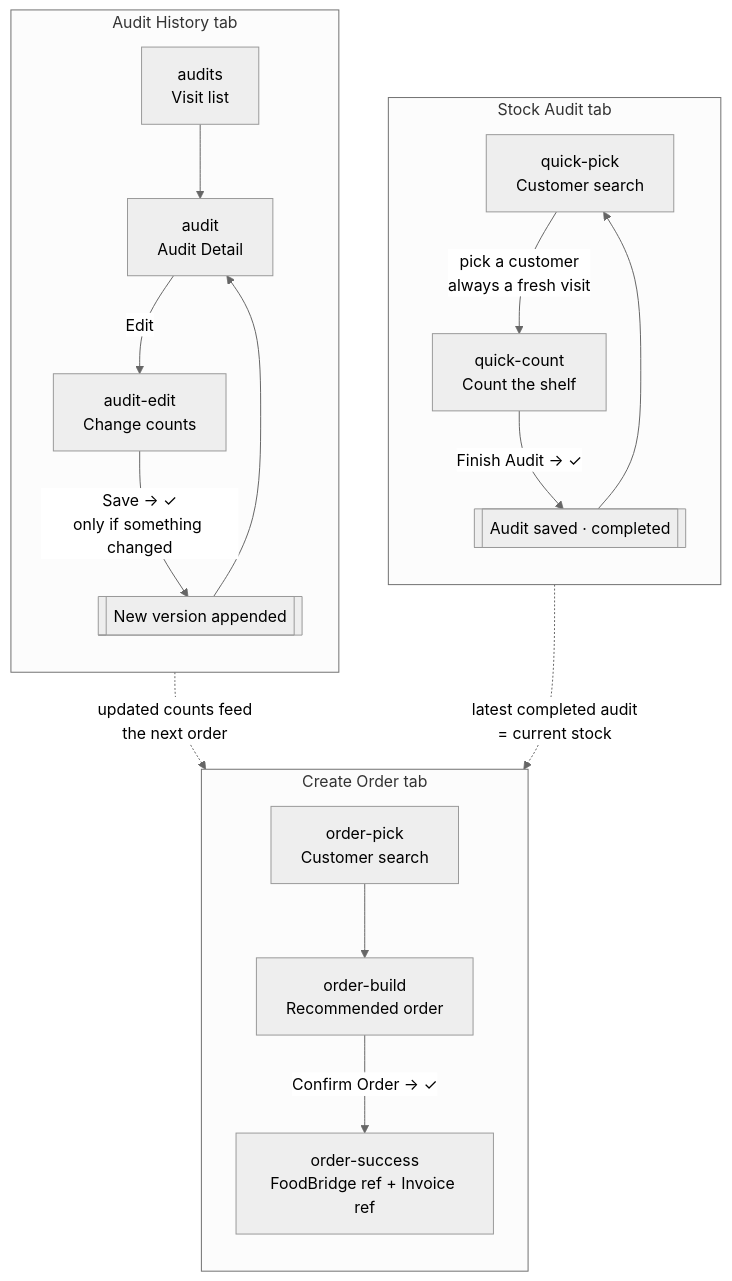
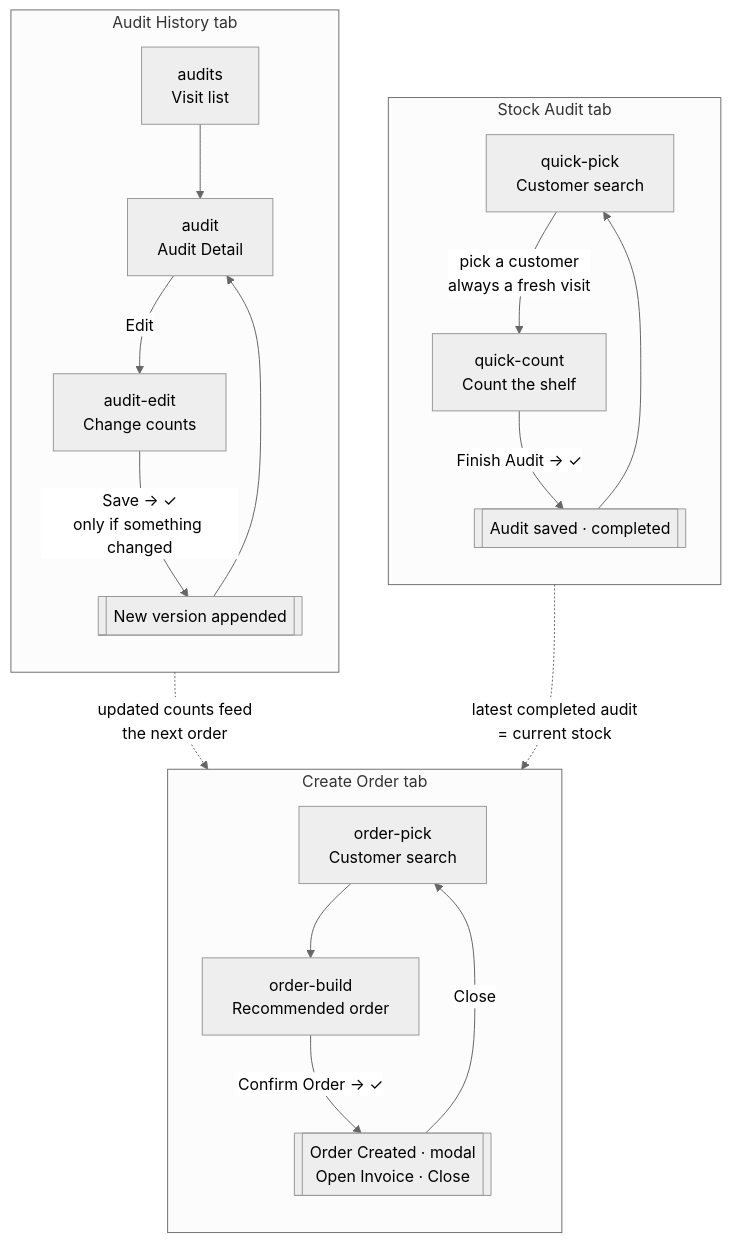
Before and after one commit to nishant-devekar/foodbridge-mock-platform: the first of 4 diagrams in v4/UX-FLOW.md, drawn with Mermaid (neutral theme). The commit also changed other lines of this file and 5 other files, not shown here.

````diff
--- a/v4/UX-FLOW.md
+++ b/v4/UX-FLOW.md
@@ -29,36 +30,37 @@
 ```mermaid
 flowchart TD
     subgraph TAB1["Stock Audit tab"]
         direction TB
         QP["quick-pick<br/>Customer search"]
         QC["quick-count<br/>Count the shelf"]
         SAVED[["Audit saved · completed"]]
         QP -->|"pick a customer<br/>always a fresh visit"| QC
         QC -->|"Finish Audit → ✓"| SAVED
         SAVED --> QP
     end
 
     subgraph TAB3["Audit History tab"]
         direction TB
         AUDS["audits<br/>Visit list"]
         AD["audit<br/>Audit Detail"]
         AE["audit-edit<br/>Change counts"]
         NEWV[["New version appended"]]
         AUDS --> AD
         AD -->|"Edit"| AE
         AE -->|"Save → ✓<br/>only if something changed"| NEWV
         NEWV --> AD
     end
 
     subgraph TAB2["Create Order tab"]
         direction TB
         OP["order-pick<br/>Customer search"]
         OB["order-build<br/>Recommended order"]
-        OS["order-success<br/>FoodBridge ref + Invoice ref"]
+        OS[["Order Created · modal<br/>Open Invoice · Close"]]
         OP --> OB
         OB -->|"Confirm Order → ✓"| OS
+        OS -->|"Close"| OP
     end
 
     SAVED -.->|"latest completed audit<br/>= current stock"| OB
     NEWV -.->|"updated counts feed<br/>the next order"| OB
 ```
````
